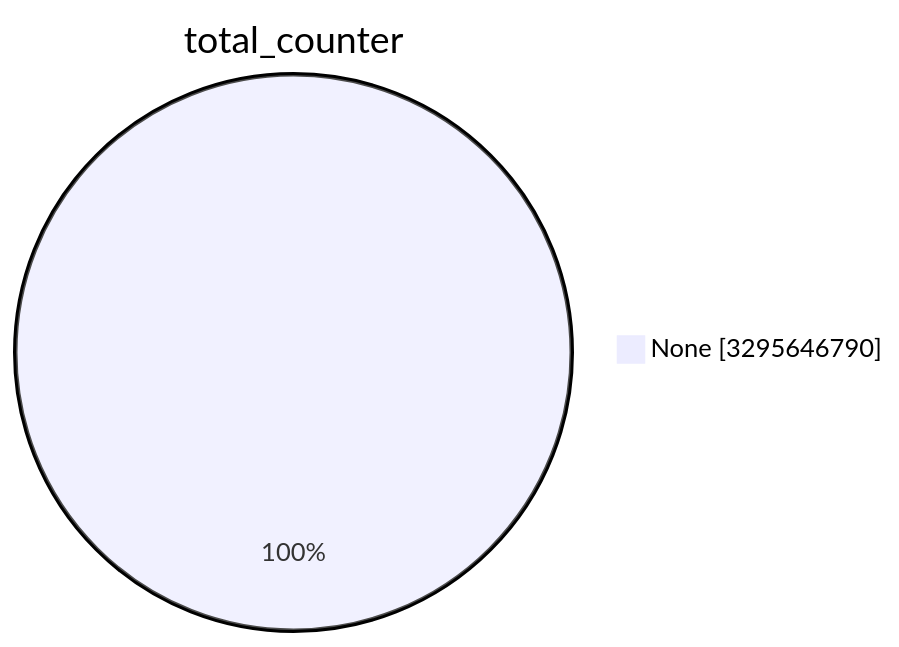
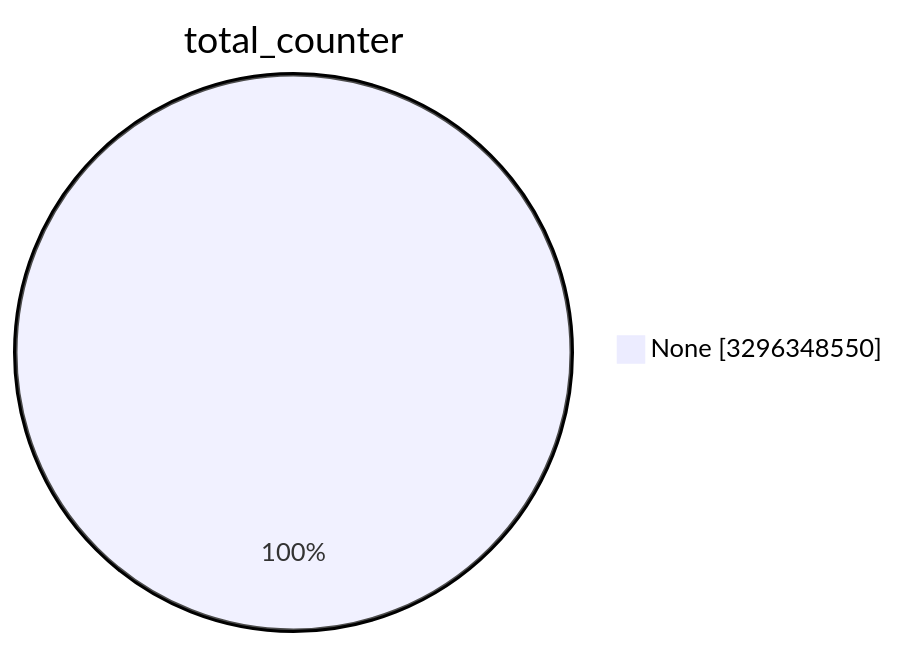
The first of 15 diagrams in TOTAL/README.md (christiankrug/ctmonitor_visualization), drawn with Mermaid before and after one commit. The commit also changed other lines of this file, not shown here.

````diff
--- a/TOTAL/README.md
+++ b/TOTAL/README.md
@@ -1,5 +1,5 @@
 ```mermaid
 pie showData
 title total_counter
-"None" :3295646790
+"None" :3296348550
 ```
````
